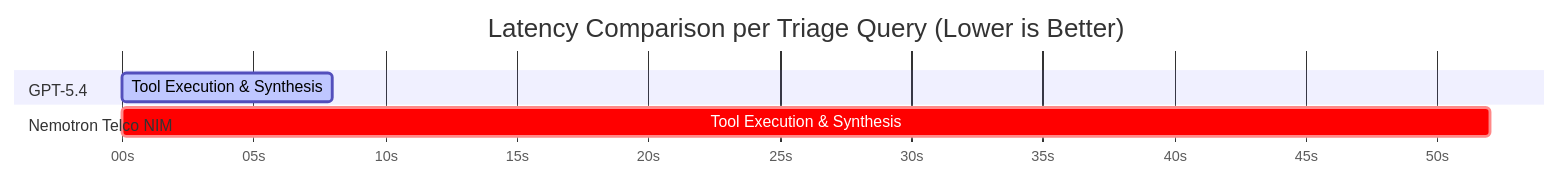
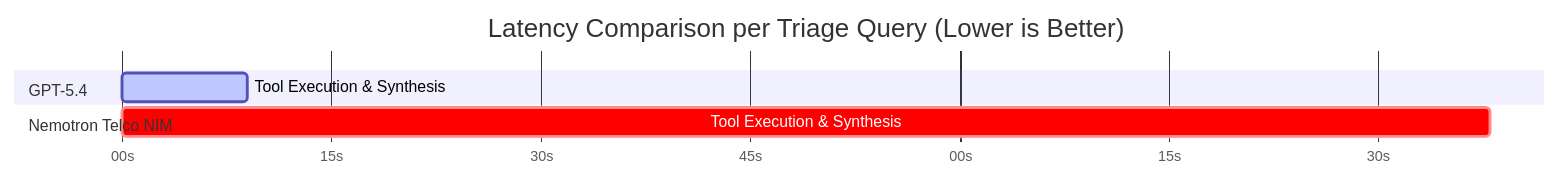
Before and after one commit to m2varvan/telco-agent: the diagram in EVALUATION_REPORT.md, drawn with Mermaid. The commit also changed other lines of this file and 4 other files, not shown here.

````diff
--- a/EVALUATION_REPORT.md
+++ b/EVALUATION_REPORT.md
@@ -31,10 +28,10 @@
 ```mermaid
 gantt
     title Latency Comparison per Triage Query (Lower is Better)
     dateFormat  s
     axisFormat %Ss
     section GPT-5.4
-    Tool Execution & Synthesis  :active, 0, 8s
+    Tool Execution & Synthesis  :active, 0, 9s
     section Nemotron Telco NIM
-    Tool Execution & Synthesis  :crit, 0, 52s
+    Tool Execution & Synthesis  :crit, 0, 98s
 ```
````
